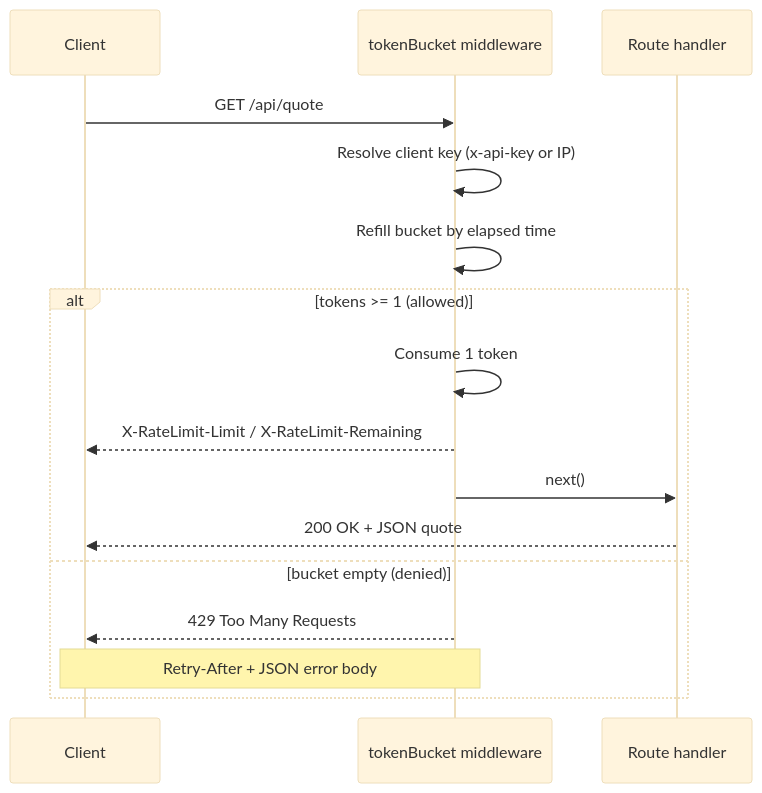
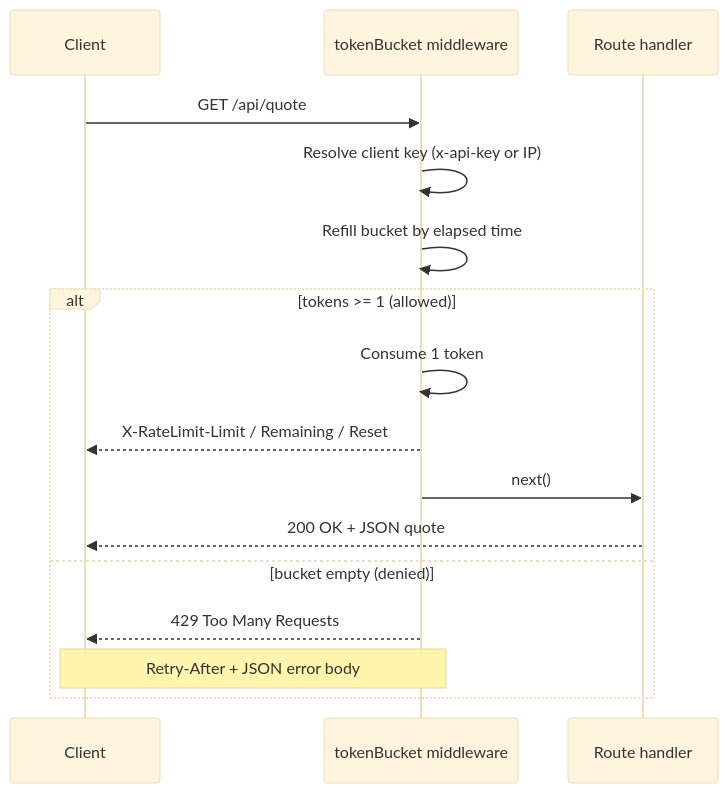
The diagram in README.md (geoggrigori/ratewise-api), drawn with Mermaid (base theme) before and after one commit. The commit also changed other lines of this file, not shown here.

Commit message:
docs: document X-RateLimit-Reset header

````diff
--- a/README.md
+++ b/README.md
@@ -28,20 +29,20 @@
 ```mermaid
 sequenceDiagram
     participant C as Client
     participant M as tokenBucket middleware
     participant H as Route handler
 
     C->>M: GET /api/quote
     M->>M: Resolve client key (x-api-key or IP)
     M->>M: Refill bucket by elapsed time
 
     alt tokens >= 1 (allowed)
         M->>M: Consume 1 token
-        M-->>C: X-RateLimit-Limit / X-RateLimit-Remaining
+        M-->>C: X-RateLimit-Limit / Remaining / Reset
         M->>H: next()
         H-->>C: 200 OK + JSON quote
     else bucket empty (denied)
         M-->>C: 429 Too Many Requests
         Note over M,C: Retry-After + JSON error body
     end
 ```
````
